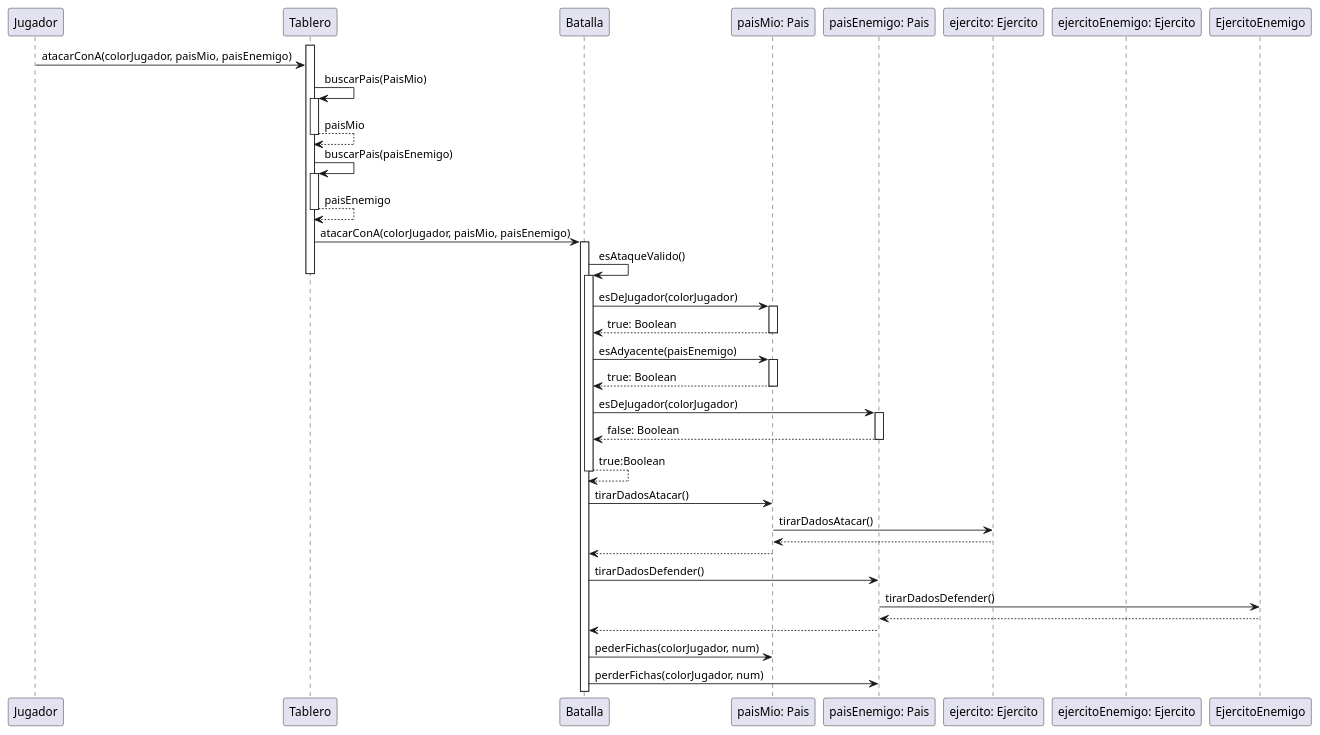
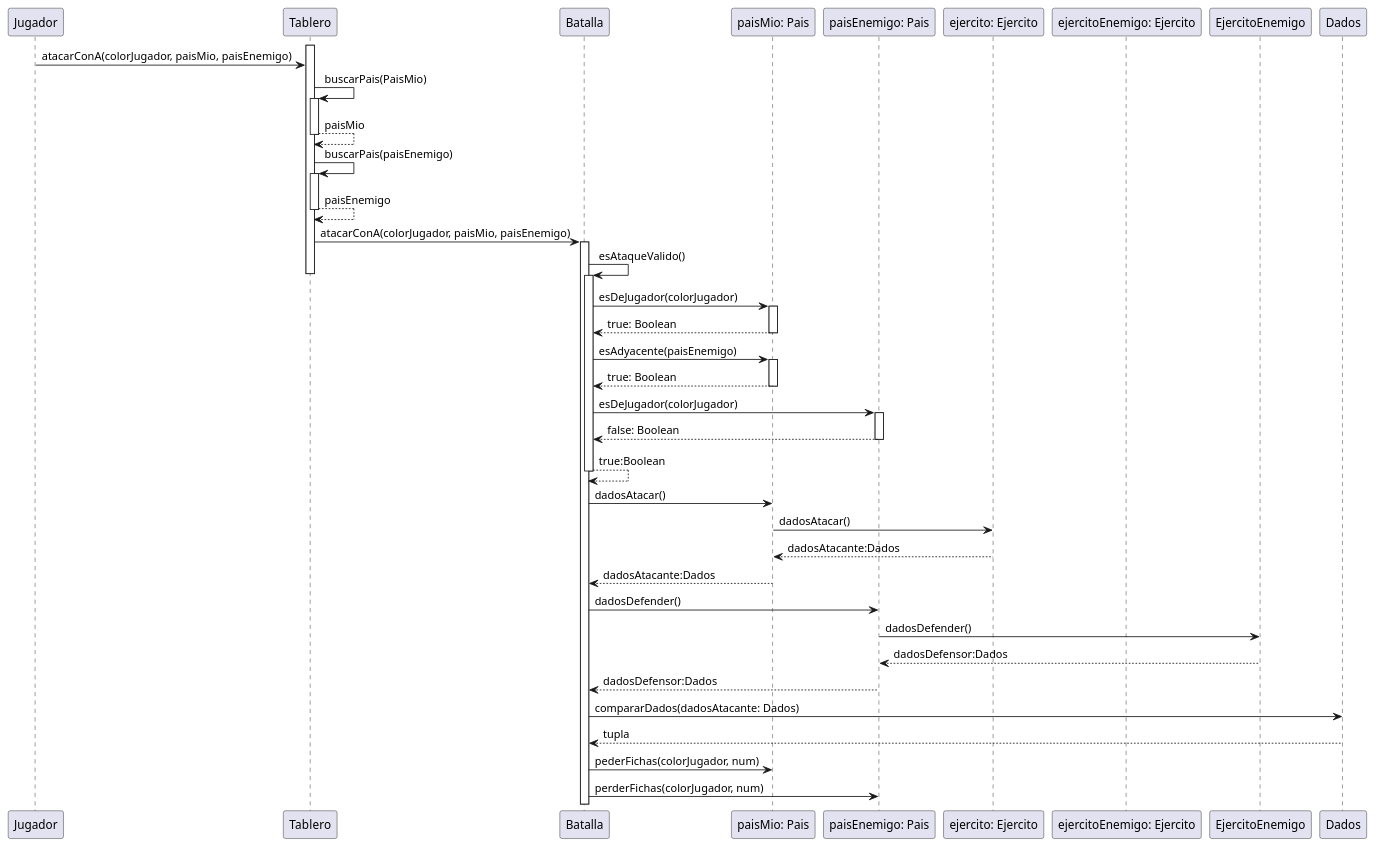
The diagram in docs/Diagramas/Codigo/digrama_de_secuencia_ataque.puml (mpata2000/Algo3-TP2-TEG), drawn with PlantUML before and after one commit. The commit also changed 1 other file, not shown here.

Commit message:
Update del ataque con clase Dados

```diff
--- a/docs/Diagramas/Codigo/digrama_de_secuencia_ataque.puml
+++ b/docs/Diagramas/Codigo/digrama_de_secuencia_ataque.puml
@@ -1,51 +1,53 @@
 @startuml DiagramaDeSecuenciaUnPaisAtacaAOtro
 
 Participant Jugador
 Participant Tablero
 Participant Batalla
 Participant Pais as "paisMio: Pais"
 Participant PaisEnemigo as "paisEnemigo: Pais"
 Participant Ejercito as "ejercito: Ejercito"
 Participant FichaEnemigo as "ejercitoEnemigo: Ejercito"
 
 activate Tablero
 Jugador->Tablero: atacarConA(colorJugador, paisMio, paisEnemigo)
 Tablero -> Tablero: buscarPais(PaisMio)
 activate Tablero
 Tablero --> Tablero: paisMio
 deactivate Tablero
 Tablero -> Tablero: buscarPais(paisEnemigo)
 activate Tablero
 Tablero --> Tablero: paisEnemigo
 deactivate Tablero
 Tablero -> Batalla: atacarConA(colorJugador, paisMio, paisEnemigo)
 activate Batalla
 Batalla -> Batalla: esAtaqueValido()
 activate Batalla
 deactivate Tablero
 Batalla -> Pais: esDeJugador(colorJugador)
 activate Pais
 Pais --> Batalla: true: Boolean
 deactivate Pais
 Batalla -> Pais: esAdyacente(paisEnemigo)
 activate Pais
 Pais --> Batalla: true: Boolean
 deactivate Pais
 Batalla -> PaisEnemigo: esDeJugador(colorJugador)
 activate PaisEnemigo
 PaisEnemigo --> Batalla: false: Boolean
 deactivate PaisEnemigo
 Batalla --> Batalla: true:Boolean
 deactivate Batalla
-Batalla -> Pais: tirarDadosAtacar()
-Pais -> Ejercito: tirarDadosAtacar()
-Ejercito --> Pais:
-Pais --> Batalla
-Batalla -> PaisEnemigo: tirarDadosDefender()
-PaisEnemigo -> EjercitoEnemigo: tirarDadosDefender()
-EjercitoEnemigo --> PaisEnemigo
-PaisEnemigo --> Batalla
+Batalla -> Pais: dadosAtacar()
+Pais -> Ejercito: dadosAtacar()
+Ejercito --> Pais: dadosAtacante:Dados
+Pais --> Batalla: dadosAtacante:Dados
+Batalla -> PaisEnemigo: dadosDefender()
+PaisEnemigo -> EjercitoEnemigo: dadosDefender()
+EjercitoEnemigo --> PaisEnemigo: dadosDefensor:Dados
+PaisEnemigo --> Batalla: dadosDefensor:Dados
+Batalla -> Dados: compararDados(dadosAtacante: Dados)
+Dados --> Batalla: tupla
 Batalla -> Pais: pederFichas(colorJugador, num)
 Batalla -> PaisEnemigo: perderFichas(colorJugador, num)
 
 @enduml
```
